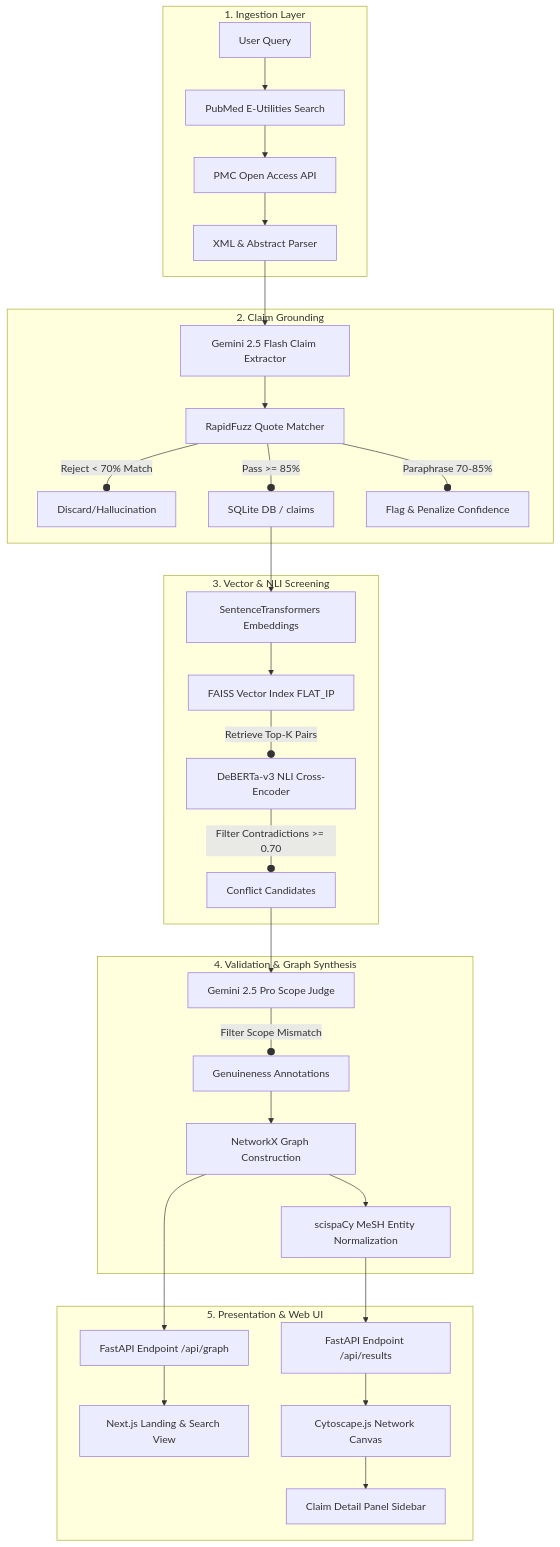
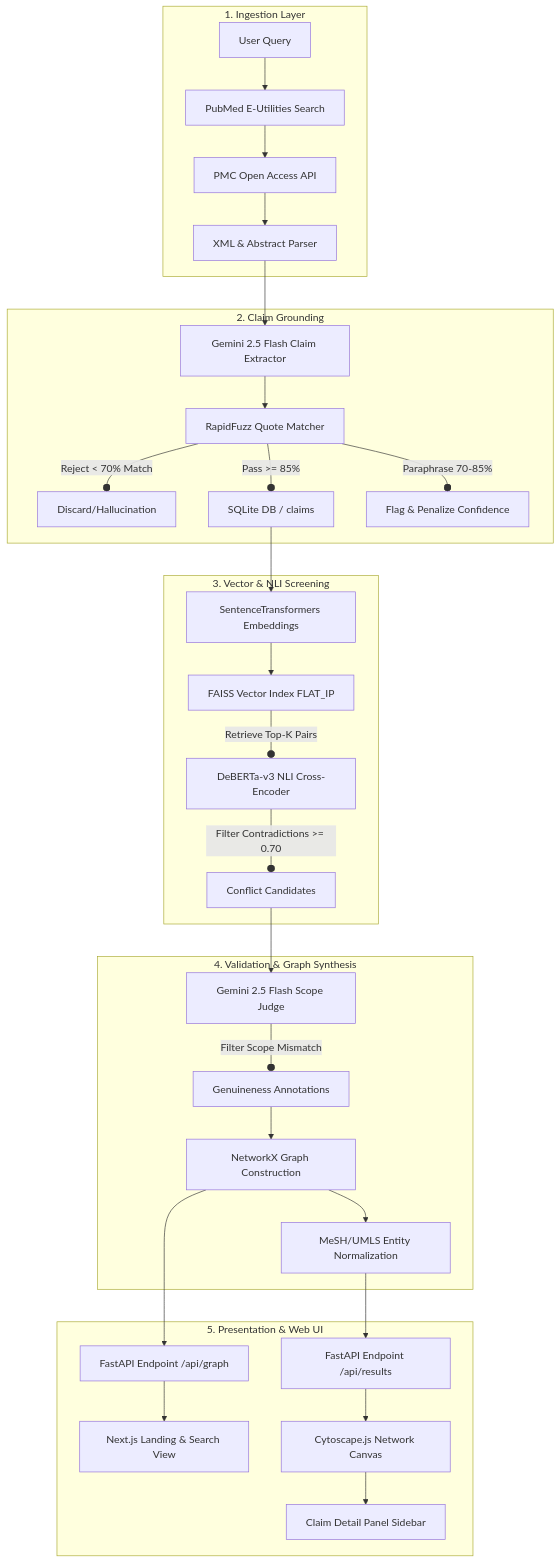
The diagram in README.md (Laaksh1205/RSCE), drawn with Mermaid before and after one commit. The commit also changed other lines of this file and 22 other files, not shown here.

Commit message:
chore: clean up repo, update docs, and fix temporal supersession year checks in database and claim graph

````diff
--- a/README.md
+++ b/README.md
@@ -41,38 +41,38 @@
 ```mermaid
 flowchart TD
     subgraph Ingestion ["1. Ingestion Layer"]
         A[User Query] --> B[PubMed E-Utilities Search]
         B --> C[PMC Open Access API]
         C --> D[XML & Abstract Parser]
     end
 
     subgraph Grounding ["2. Claim Grounding"]
         D --> E[Gemini 2.5 Flash Claim Extractor]
         E --> F[RapidFuzz Quote Matcher]
         F -- Reject < 70% Match --o G[Discard/Hallucination]
         F -- Pass >= 85% --o H[SQLite DB / claims]
         F -- Paraphrase 70-85% --o I[Flag & Penalize Confidence]
     end
 
     subgraph Screening ["3. Vector & NLI Screening"]
         H --> J[SentenceTransformers Embeddings]
         J --> K[FAISS Vector Index FLAT_IP]
         K -- Retrieve Top-K Pairs --o L[DeBERTa-v3 NLI Cross-Encoder]
         L -- Filter Contradictions >= 0.70 --o M[Conflict Candidates]
     end
 
     subgraph Validation ["4. Validation & Graph Synthesis"]
-        M --> N[Gemini 2.5 Pro Scope Judge]
+        M --> N[Gemini 2.5 Flash Scope Judge]
         N -- Filter Scope Mismatch --o O[Genuineness Annotations]
         O --> P[NetworkX Graph Construction]
-        P --> Q[scispaCy MeSH Entity Normalization]
+        P --> Q[MeSH/UMLS Entity Normalization]
     end
 
     subgraph Presentation ["5. Presentation & Web UI"]
         P --> R[FastAPI Endpoint /api/graph]
         Q --> S[FastAPI Endpoint /api/results]
         R --> T[Next.js Landing & Search View]
         S --> U[Cytoscape.js Network Canvas]
         U --> V[Claim Detail Panel Sidebar]
     end
 ```
````
